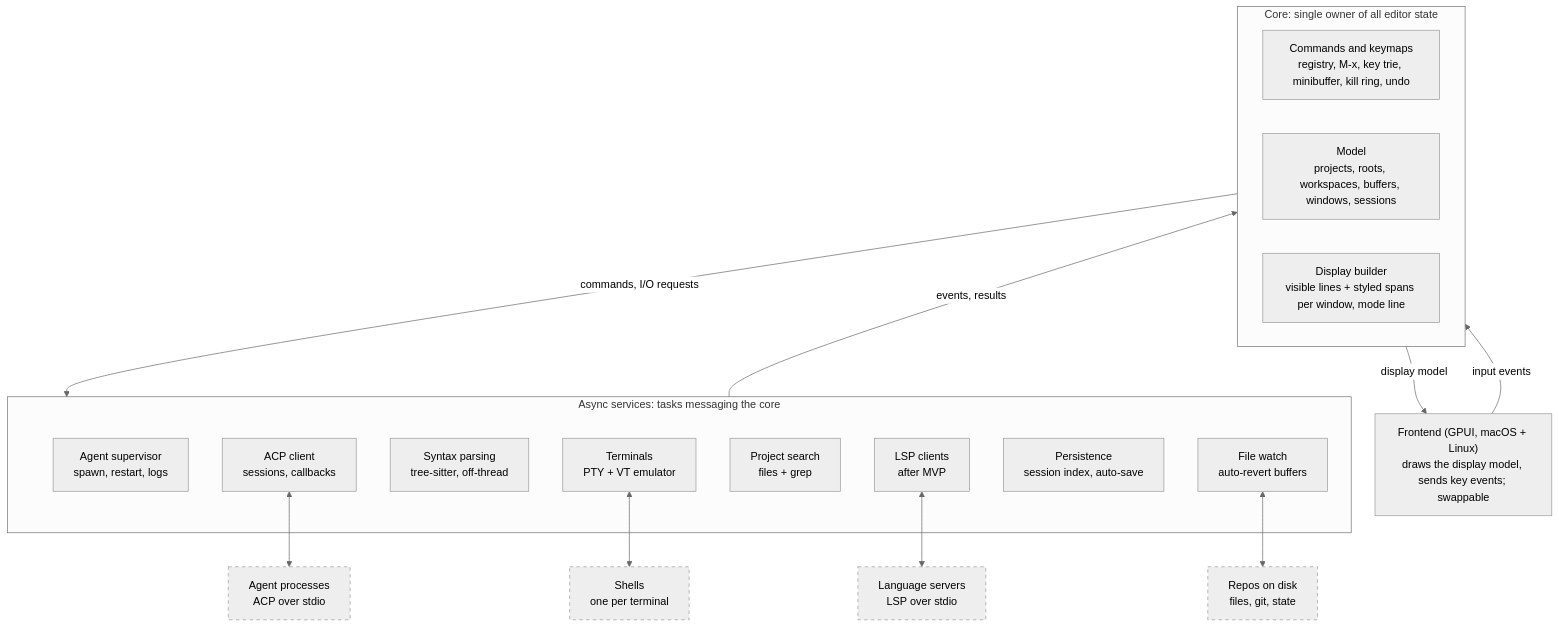
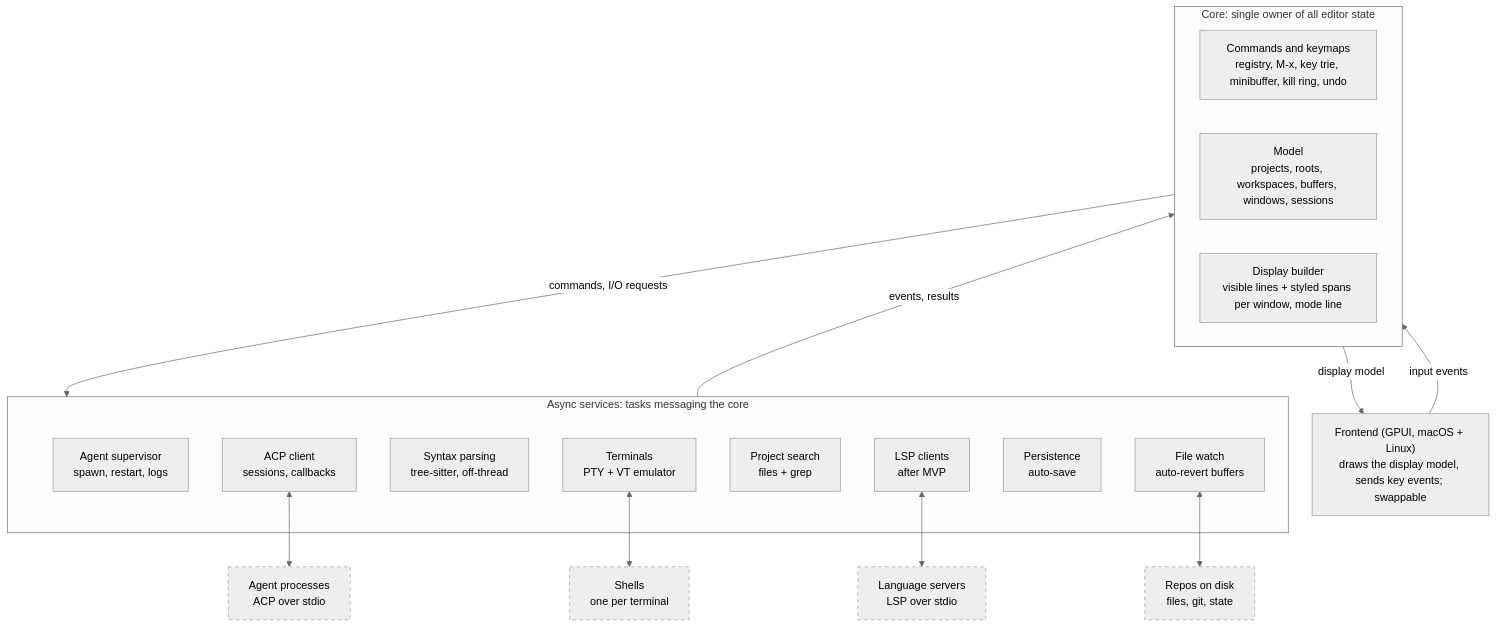
Before and after one commit to Root-man/aiditor: the diagram in docs/editor.md, drawn with Mermaid (neutral theme). The commit also changed other lines of this file and 1 other file, not shown here.

Commit message:
List past sessions with session/list instead of an SQLite index (#321)

````diff
--- a/docs/editor.md
+++ b/docs/editor.md
@@ -54,35 +54,35 @@
 ```mermaid
 flowchart TB
   FE["Frontend (GPUI, macOS + Linux)<br/>draws the display model, sends key events; swappable"]
   subgraph core["Core: single owner of all editor state"]
     CMD["Commands and keymaps<br/>registry, M-x, key trie, minibuffer, kill ring, undo"]
     MODEL["Model<br/>projects, roots, workspaces, buffers, windows, sessions"]
     DISP["Display builder<br/>visible lines + styled spans per window, mode line"]
   end
   subgraph svc["Async services: tasks messaging the core"]
     AGS["Agent supervisor<br/>spawn, restart, logs"]
     ACP["ACP client<br/>sessions, callbacks"]
     SYN["Syntax parsing<br/>tree-sitter, off-thread"]
     TERM["Terminals<br/>PTY + VT emulator"]
     SRCH["Project search<br/>files + grep"]
     LSP["LSP clients<br/>after MVP"]
-    PERS["Persistence<br/>session index, auto-save"]
+    PERS["Persistence<br/>auto-save"]
     FW["File watch<br/>auto-revert buffers"]
   end
   AGP["Agent processes<br/>ACP over stdio"]
   SH["Shells<br/>one per terminal"]
   LS["Language servers<br/>LSP over stdio"]
   DISK["Repos on disk<br/>files, git, state"]
 
   FE -->|input events| core
   core -->|display model| FE
   core -->|commands, I/O requests| svc
   svc -->|events, results| core
   ACP <--> AGP
   TERM <--> SH
   LSP <--> LS
   FW <--> DISK
 
   classDef ext stroke-dasharray: 5 5
   class AGP,SH,LS,DISK ext
 ```
````
